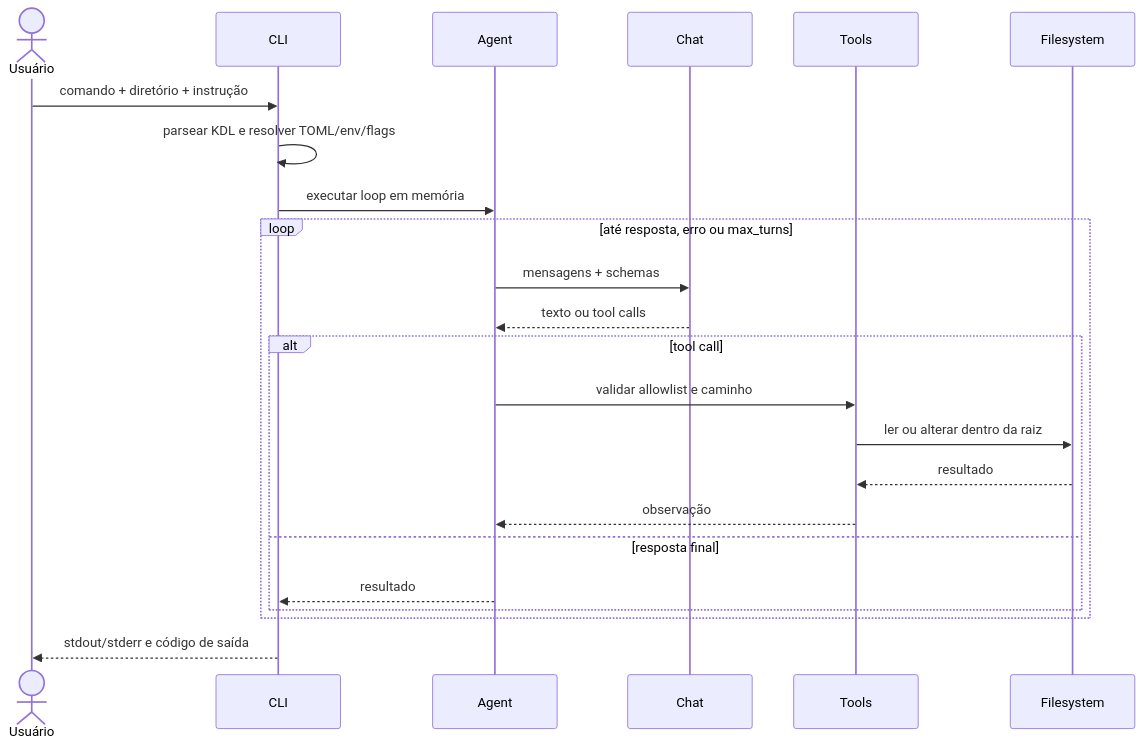
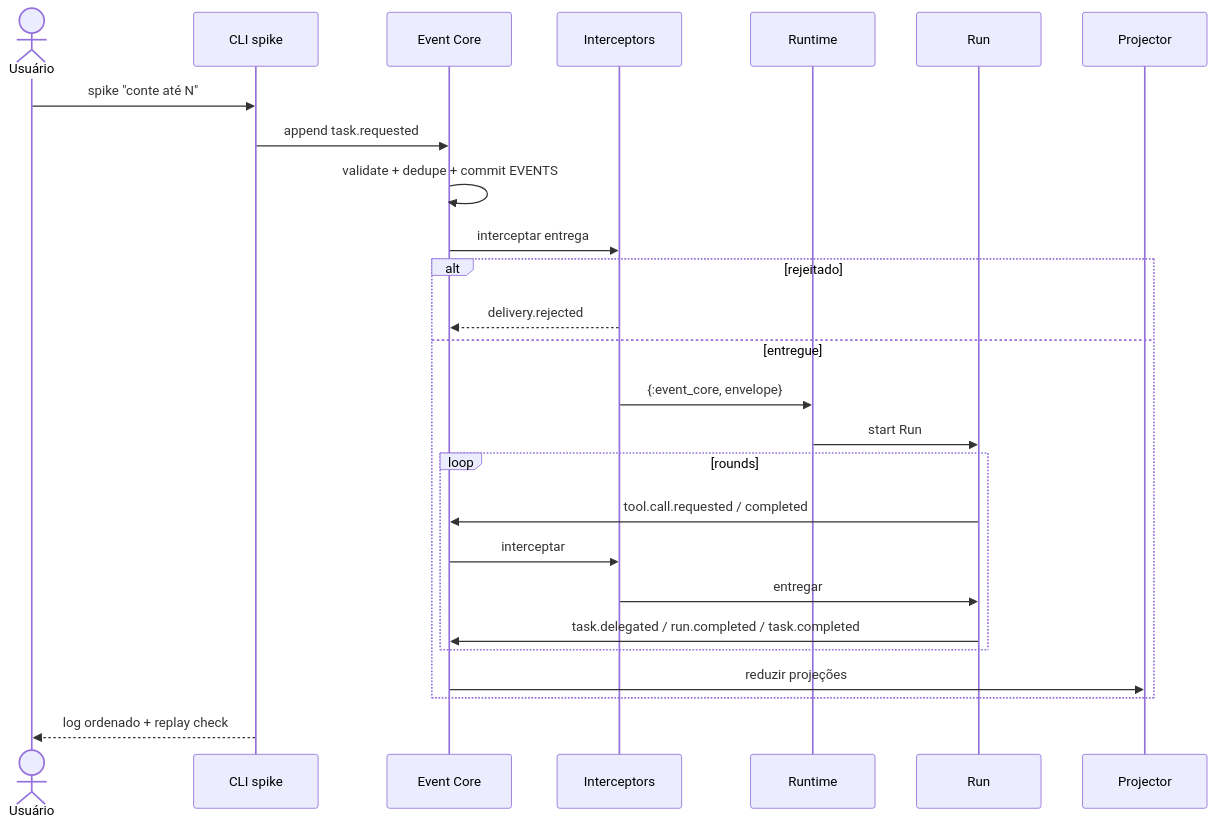
Before and after one commit to This-Is-NPC/omunculus: the diagram in docs/as-is/architecture.md, drawn with Mermaid. The commit also changed other lines of this file and 2 other files, not shown here.

First line of the commit message:
docs(as-is): describe the event-core branch

````diff
--- a/docs/as-is/architecture.md
+++ b/docs/as-is/architecture.md
@@ -41,26 +65,29 @@
 ```mermaid
 sequenceDiagram
     actor U as Usuário
-    participant C as CLI
-    participant A as Agent
-    participant H as Chat
-    participant T as Tools
-    participant F as Filesystem
+    participant C as CLI spike
+    participant EC as Event Core
+    participant I as Interceptors
+    participant RT as Runtime
+    participant R as Run
+    participant P as Projector
 
-    U->>C: comando + diretório + instrução
-    C->>C: parsear KDL e resolver TOML/env/flags
-    C->>A: executar loop em memória
-    loop até resposta, erro ou max_turns
-        A->>H: mensagens + schemas
-        H-->>A: texto ou tool calls
-        alt tool call
-            A->>T: validar allowlist e caminho
-            T->>F: ler ou alterar dentro da raiz
-            F-->>T: resultado
-            T-->>A: observação
-        else resposta final
-            A-->>C: resultado
+    U->>C: spike "conte até N"
+    C->>EC: append task.requested
+    EC->>EC: validate + dedupe + commit EVENTS
+    EC->>I: interceptar entrega
+    alt rejeitado
+        I-->>EC: delivery.rejected
+    else entregue
+        I->>RT: {:event_core, envelope}
+        RT->>R: start Run
+        loop rounds
+            R->>EC: tool.call.requested / completed
+            EC->>I: interceptar
+            I->>R: entregar
+            R->>EC: task.delegated / run.completed / task.completed
         end
+        EC->>P: reduzir projeções
     end
-    C-->>U: stdout/stderr e código de saída
+    C-->>U: log ordenado + replay check
 ```
````
